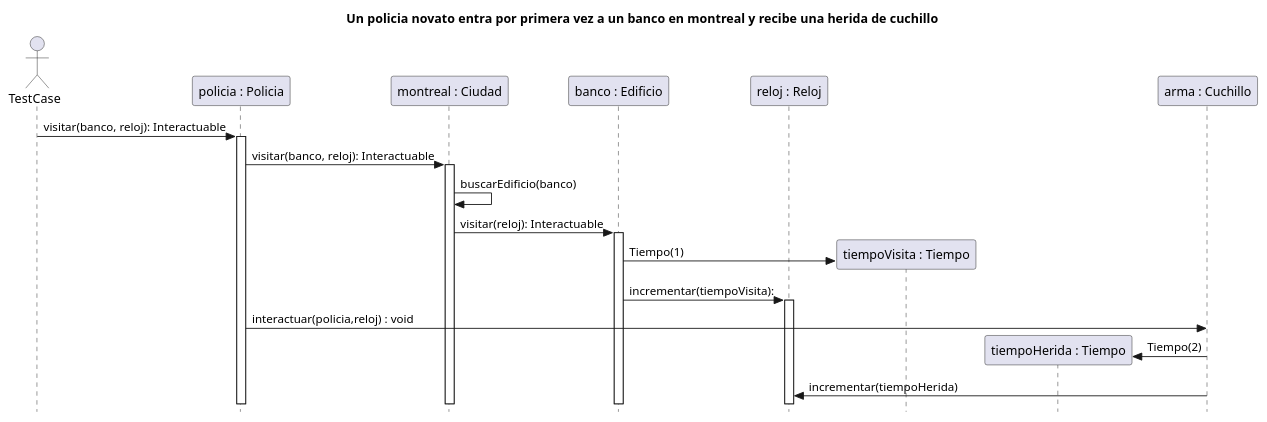
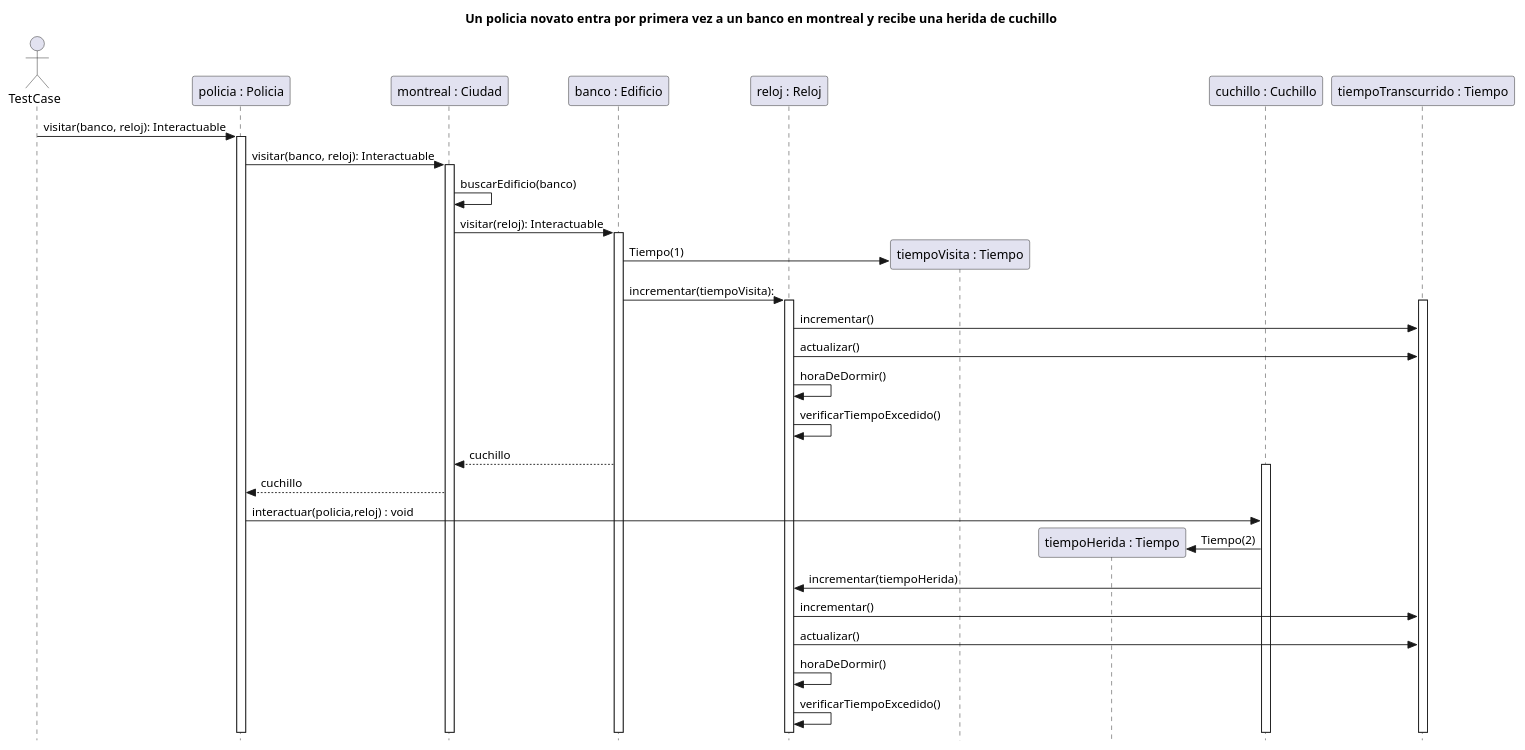
One commit to martinanus/algo3_tp2 changed the diagram in diagrams/sequences/PoliciaSufreHeridaDeCuchillo.puml. Above: the diagram before and after it, drawn with PlantUML. The commit also changed 4 other files, not shown here.

Commit message:
Se avanzan diagramas de secuencias

```diff
--- a/diagrams/sequences/PoliciaSufreHeridaDeCuchillo.puml
+++ b/diagrams/sequences/PoliciaSufreHeridaDeCuchillo.puml
@@ -1,27 +1,41 @@
 @startuml
 skinparam style strictuml
 title:  Un policia novato entra por primera vez a un banco en montreal y recibe una herida de cuchillo
 actor TestCase
 
 participant "policia : Policia" as policia
 participant "montreal : Ciudad" as ciudad
 participant "banco : Edificio" as banco
 participant "reloj : Reloj" as reloj
 participant "tiempoVisita : Tiempo" as tiempoVisita
 participant "tiempoHerida : Tiempo" as tiempoHerida
-participant "arma : Cuchillo" as arma
+participant "cuchillo : Cuchillo" as cuchillo
+participant "tiempoTranscurrido : Tiempo" as tiempoTranscurrido
 
 TestCase -> policia: visitar(banco, reloj): Interactuable
 activate policia
 policia -> ciudad: visitar(banco, reloj): Interactuable
 activate ciudad
 ciudad -> ciudad: buscarEdificio(banco)
 ciudad -> banco: visitar(reloj): Interactuable
 activate banco
 banco -> tiempoVisita ** : Tiempo(1)
 banco -> reloj: incrementar(tiempoVisita):
 activate reloj
-policia -> arma : interactuar(policia,reloj) : void
-arma -> tiempoHerida ** : Tiempo(2)
-arma -> reloj: incrementar(tiempoHerida)
+activate tiempoTranscurrido
+reloj -> tiempoTranscurrido:incrementar()
+reloj -> tiempoTranscurrido:actualizar()
+reloj -> reloj:horaDeDormir()
+reloj -> reloj: verificarTiempoExcedido()
+banco --> ciudad:cuchillo
+activate cuchillo
+ciudad -->policia:cuchillo
+policia -> cuchillo : interactuar(policia,reloj) : void
+cuchillo -> tiempoHerida ** : Tiempo(2)
+cuchillo -> reloj: incrementar(tiempoHerida)
+reloj -> tiempoTranscurrido:incrementar()
+reloj -> tiempoTranscurrido:actualizar()
+reloj -> reloj:horaDeDormir()
+reloj -> reloj: verificarTiempoExcedido()
+
 @enduml
```
